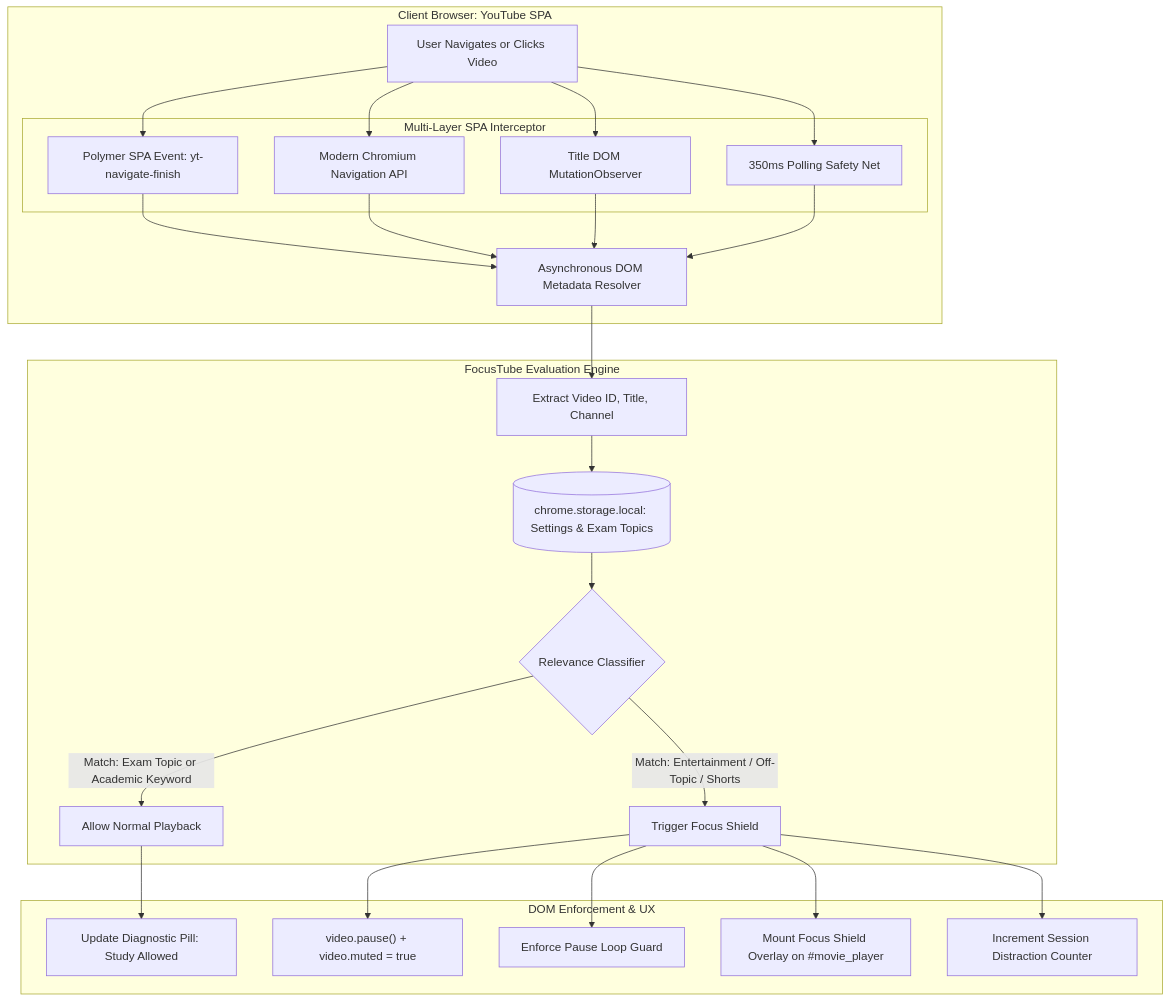
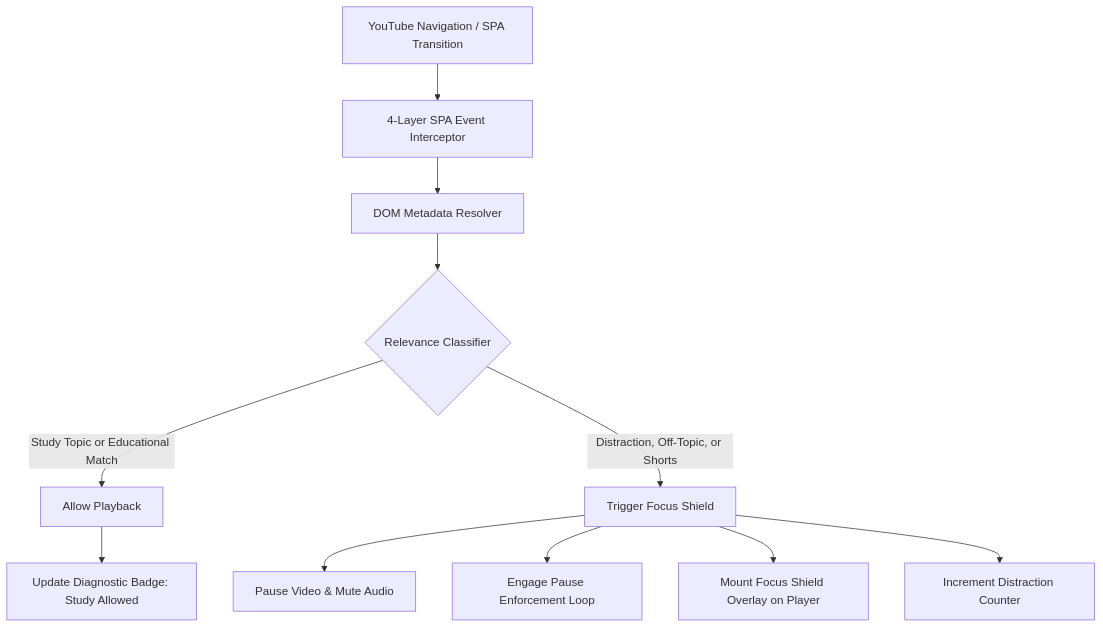
One commit to Nayanika530/focustube changed the diagram in README.md. Above: the diagram before and after it, drawn with Mermaid. The commit also changed other lines of this file and 4 other files, not shown here.

Commit message:
docs: refine README claims, add PRIVACY.md, fix Mermaid chart, and harden content script

````diff
--- a/README.md
+++ b/README.md
@@ -57,35 +57,16 @@
 ```mermaid
 flowchart TD
-    subgraph Browser["Client Browser: YouTube SPA"]
-        NAV[User Navigates or Clicks Video]
-        
-        subgraph Interceptor["Multi-Layer SPA Interceptor"]
-            E1["Polymer SPA Event: yt-navigate-finish"]
-            E2["Modern Chromium Navigation API"]
-            E3["Title DOM MutationObserver"]
-            E4["350ms Polling Safety Net"]
-        end
-        
-        NAV --> E1 & E2 & E3 & E4
-        E1 & E2 & E3 & E4 --> RESOLVE[Asynchronous DOM Metadata Resolver]
-    end
-
-    subgraph CoreEngine["FocusTube Evaluation Engine"]
-        RESOLVE --> EXTRACT[Extract Video ID, Title, Channel]
-        EXTRACT --> STORAGE[(chrome.storage.local: Settings & Exam Topics)]
-        
-        STORAGE --> EVAL{Relevance Classifier}
-        
-        EVAL -- "Match: Exam Topic or Academic Keyword" --> ALLOW[Allow Normal Playback]
-        EVAL -- "Match: Entertainment / Off-Topic / Shorts" --> BLOCK[Trigger Focus Shield]
-    end
-
-    subgraph Enforcement["DOM Enforcement & UX"]
-        ALLOW --> BADGE_OK["Update Diagnostic Pill: Study Allowed"]
-        
-        BLOCK --> PAUSE["video.pause() + video.muted = true"]
-        BLOCK --> LOCK["Enforce Pause Loop Guard"]
-        BLOCK --> SHIELD["Mount Focus Shield Overlay on #movie_player"]
-        BLOCK --> COUNTER["Increment Session Distraction Counter"]
-    end
+    NAV[YouTube Navigation / SPA Transition] --> DETECT[4-Layer SPA Event Interceptor]
+    DETECT --> RESOLVE[DOM Metadata Resolver]
+    RESOLVE --> EVAL{Relevance Classifier}
+    
+    EVAL -->|Study Topic or Educational Match| ALLOW[Allow Playback]
+    EVAL -->|Distraction, Off-Topic, or Shorts| BLOCK[Trigger Focus Shield]
+    
+    ALLOW --> BADGE[Update Diagnostic Badge: Study Allowed]
+    
+    BLOCK --> PAUSE[Pause Video & Mute Audio]
+    BLOCK --> GUARD[Engage Pause Enforcement Loop]
+    BLOCK --> SHIELD[Mount Focus Shield Overlay on Player]
+    BLOCK --> COUNTER[Increment Distraction Counter]
 ```
````
